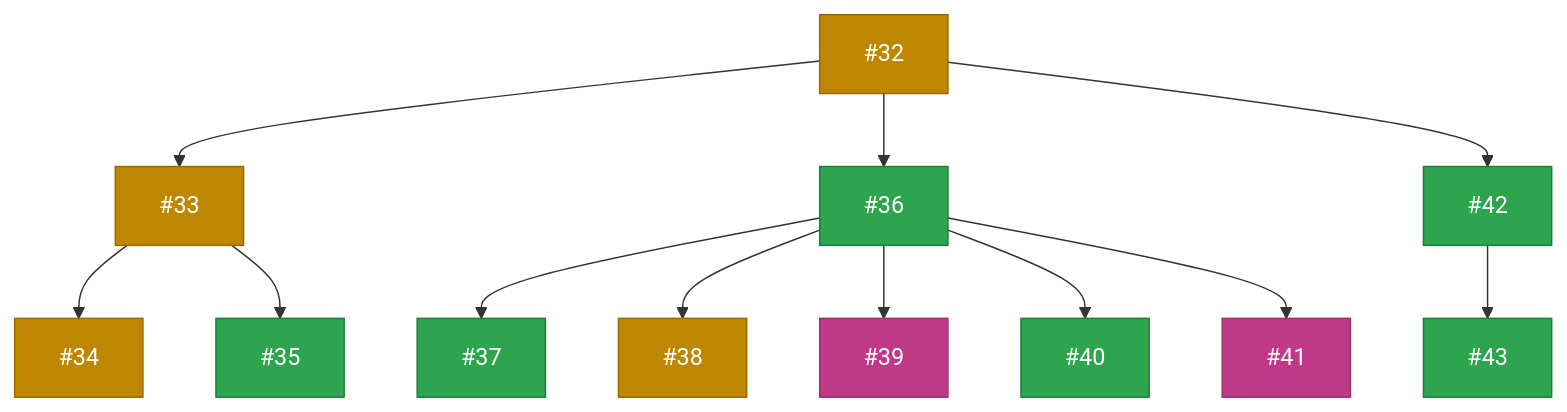
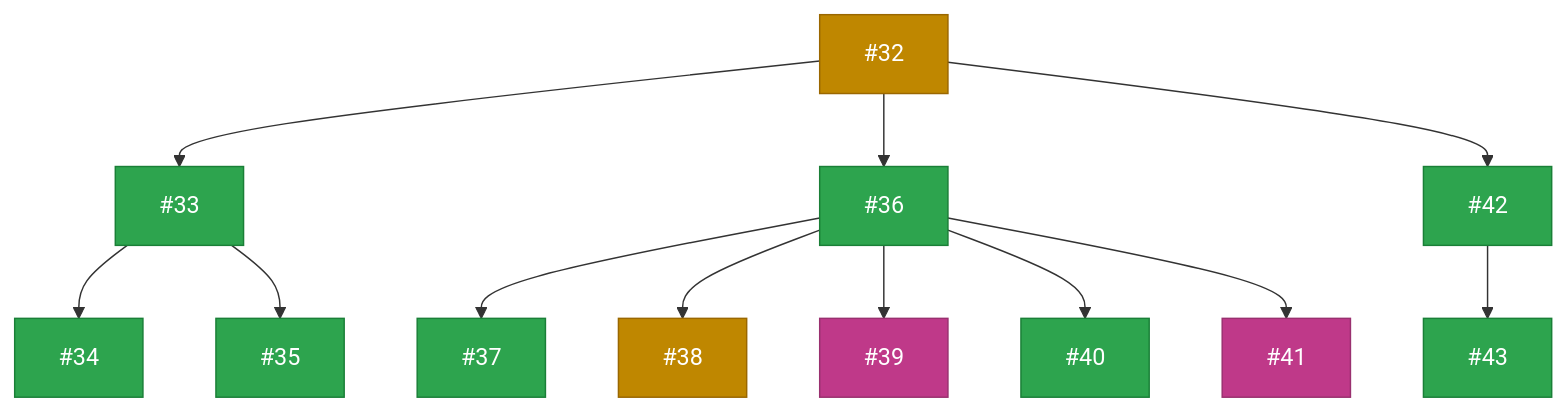
Before and after one commit to zappfish/zapp-requirements-tracker: the fifth of 9 diagrams in README.md, drawn with Mermaid. The commit also changed other lines of this file and 3 other files, not shown here.

````diff
--- a/README.md
+++ b/README.md
@@ -236,43 +236,43 @@
 ```mermaid
 graph TD
     R3["#32"]:::inprogress
 
-    R3A["#33"]:::inprogress
+    R3A["#33"]:::done
     R3B["#36"]:::stable
     R3C["#42"]:::done
     R3 --> R3A & R3B & R3C
 
-    R3A1["#34"]:::inprogress
+    R3A1["#34"]:::done
     R3A2["#35"]:::done
     R3A --> R3A1 & R3A2
 
     R3B1["#37"]:::stable
     R3B2["#38"]:::inprogress
     R3B3["#39"]:::backlog
     R3B4["#40"]:::stable
     R3B5["#41"]:::backlog
     R3B --> R3B1 & R3B2 & R3B3 & R3B4 & R3B5
 
     R3C1["#43"]:::done
     R3C --> R3C1
 
     click R3 href "https://github.com/zappfish/zapp-requirements-tracker/issues/32" _blank
     click R3A href "https://github.com/zappfish/zapp-requirements-tracker/issues/33" _blank
     click R3B href "https://github.com/zappfish/zapp-requirements-tracker/issues/36" _blank
     click R3C href "https://github.com/zappfish/zapp-requirements-tracker/issues/42" _blank
     click R3A1 href "https://github.com/zappfish/zapp-requirements-tracker/issues/34" _blank
     click R3A2 href "https://github.com/zappfish/zapp-requirements-tracker/issues/35" _blank
     click R3B1 href "https://github.com/zappfish/zapp-requirements-tracker/issues/37" _blank
     click R3B2 href "https://github.com/zappfish/zapp-requirements-tracker/issues/38" _blank
     click R3B3 href "https://github.com/zappfish/zapp-requirements-tracker/issues/39" _blank
     click R3B4 href "https://github.com/zappfish/zapp-requirements-tracker/issues/40" _blank
     click R3B5 href "https://github.com/zappfish/zapp-requirements-tracker/issues/41" _blank
     click R3C1 href "https://github.com/zappfish/zapp-requirements-tracker/issues/43" _blank
 
     classDef backlog fill:#bf3989,stroke:#99306f,color:#fff
     classDef upnext fill:#0969da,stroke:#0550ae,color:#fff
     classDef inprogress fill:#bf8700,stroke:#9a6700,color:#fff
     classDef inreview fill:#8250df,stroke:#6639ba,color:#fff
     classDef stable fill:#2da44e,stroke:#1a7f37,color:#fff
     classDef done fill:#2da44e,stroke:#1a7f37,color:#fff
 ```
````
